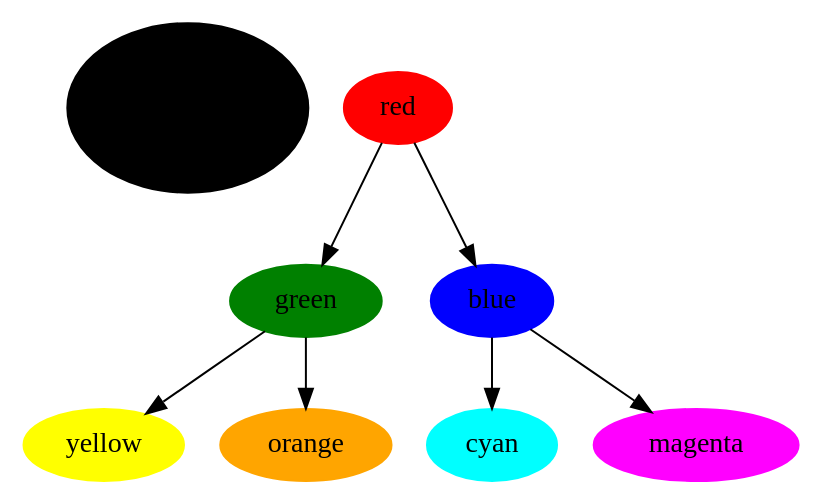
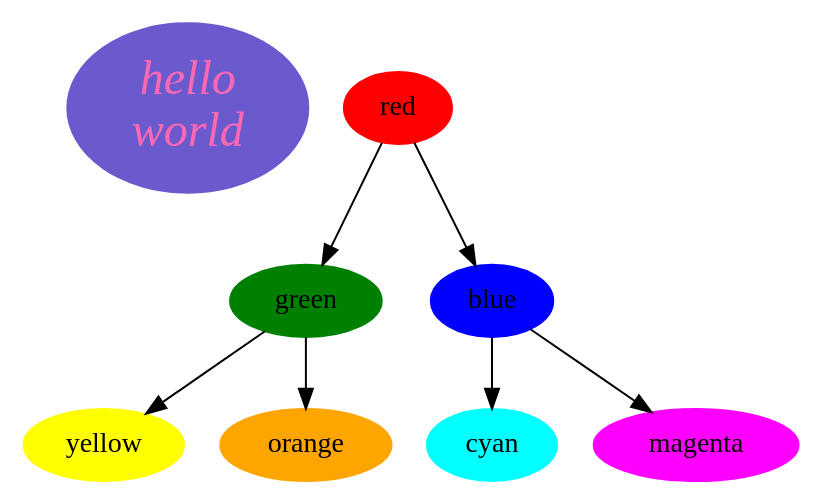
The diagram in graphs/directed/ctext.dot (ellson/MOTHBALLED-graphviz), drawn with Graphviz before and after one commit. The commit also changed 1 other file, not shown here.

Commit message:
Fix bug 967 - bad color names in example graphs

```diff
--- a/graphs/directed/ctext.dot
+++ b/graphs/directed/ctext.dot
@@ -1,17 +1,17 @@
 digraph G {
-	xyz [label = "hello\nworld",color="slate_blue",fontsize=24,fontname="Palatino-Italic",style=filled,fontcolor="hot pink"];
+	xyz [label = "hello\nworld",color="slateblue",fontsize=24,fontname="Palatino-Italic",style=filled,fontcolor="hotpink"];
 	node [style=filled];
 	red [color=red];
 	green [color=green];
 	blue [color=blue,fontcolor=black];
 	cyan [color=cyan];
 	magenta [color=magenta];
 	yellow [color=yellow];
 	orange [color=orange];
 	red -> green;
 	red -> blue;
 	blue -> cyan;
 	blue -> magenta;
 	green -> yellow;
 	green -> orange;
 }
```
